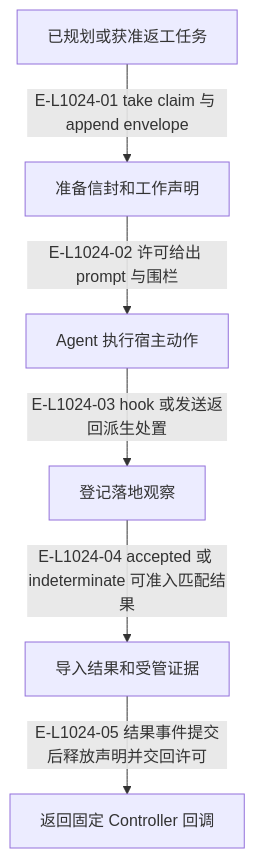
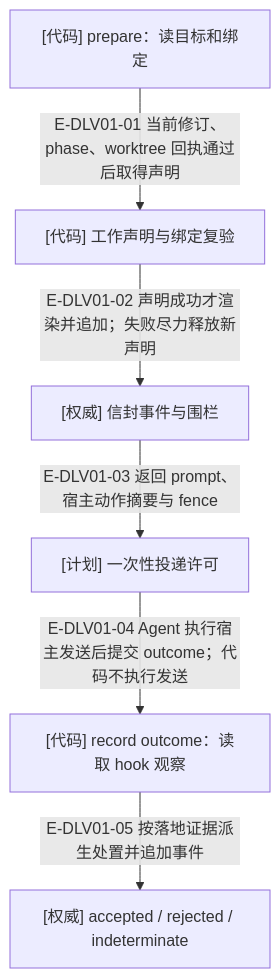
One commit to GxFn/Wakeflow changed the diagram in wakeflow-architecture-atlas/maps/06-implementation-delivery-review/README.md. Above: the diagram before and after it, drawn with Mermaid. The commit also changed other lines of this file and 76 other files, not shown here.

First line of the commit message:
docs(atlas): refresh architecture maps for the rc.5 codebase

````diff
--- a/wakeflow-architecture-atlas/maps/06-implementation-delivery-review/README.md
+++ b/wakeflow-architecture-atlas/maps/06-implementation-delivery-review/README.md
@@ -147,16 +23,16 @@
 ```mermaid
 flowchart TB
-  accTitle: 当前投递与目标结果的接力
-  accDescr: 当前投递与目标结果的接力；箭头区分当前代码步骤、返回事实与明确的条件。
-  task["已规划或获准返工任务"]
-  prepare["准备信封和工作声明"]
-  agent["Agent 执行宿主动作"]
-  outcome["登记落地观察"]
-  result["导入结果和受管证据"]
-  callback["返回固定 Controller 回调"]
-  task -->|"E-L1024-01 take claim 与 append envelope"| prepare
-  prepare -->|"E-L1024-02 许可给出 prompt 与围栏"| agent
-  agent -->|"E-L1024-03 hook 或发送返回派生处置"| outcome
-  outcome -->|"E-L1024-04 accepted 或 indeterminate 可准入匹配结果"| result
-  result -->|"E-L1024-05 结果事件提交后释放声明并交回许可"| callback
+  accTitle: 准备投递到记录宿主结局
+  accDescr: 准备投递到记录宿主结局；每条关系由当前实现的调用或条件支持，错误停止与恢复保持显式。
+  A["[代码] prepare：读目标和绑定"]
+  B["[代码] 工作声明与绑定复验"]
+  C["[权威] 信封事件与围栏"]
+  D["[计划] 一次性投递许可"]
+  F["[代码] record outcome：读取 hook 观察"]
+  H["[权威] accepted / rejected / indeterminate"]
+  A -->|"E-DLV01-01 当前修订、phase、worktree 回执通过后取得声明"| B
+  B -->|"E-DLV01-02 声明成功才渲染并追加；失败尽力释放新声明"| C
+  C -->|"E-DLV01-03 返回 prompt、宿主动作摘要与 fence"| D
+  D -->|"E-DLV01-04 Agent 执行宿主发送后提交 outcome；代码不执行发送"| F
+  F -->|"E-DLV01-05 按落地证据派生处置并追加事件"| H
 ```
````
